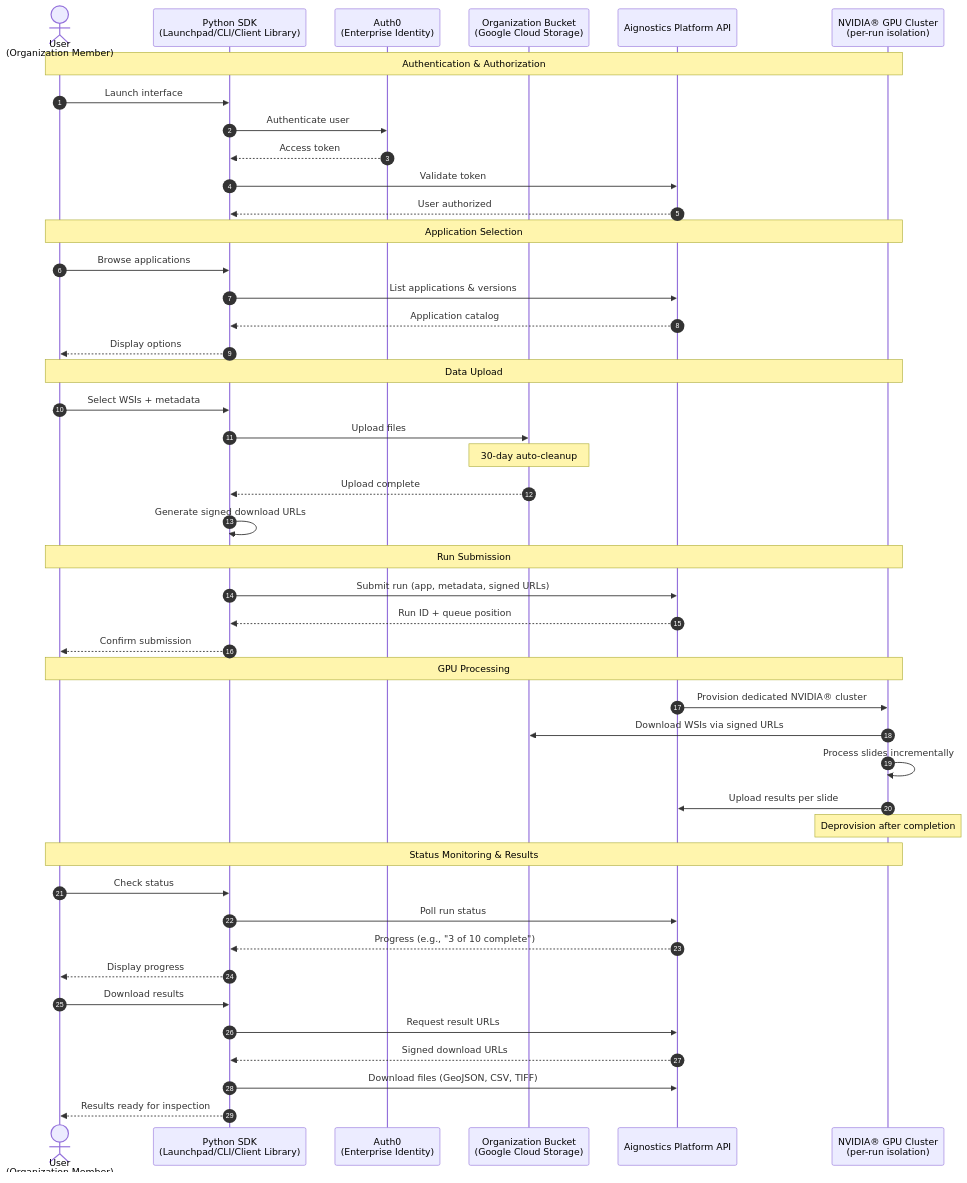
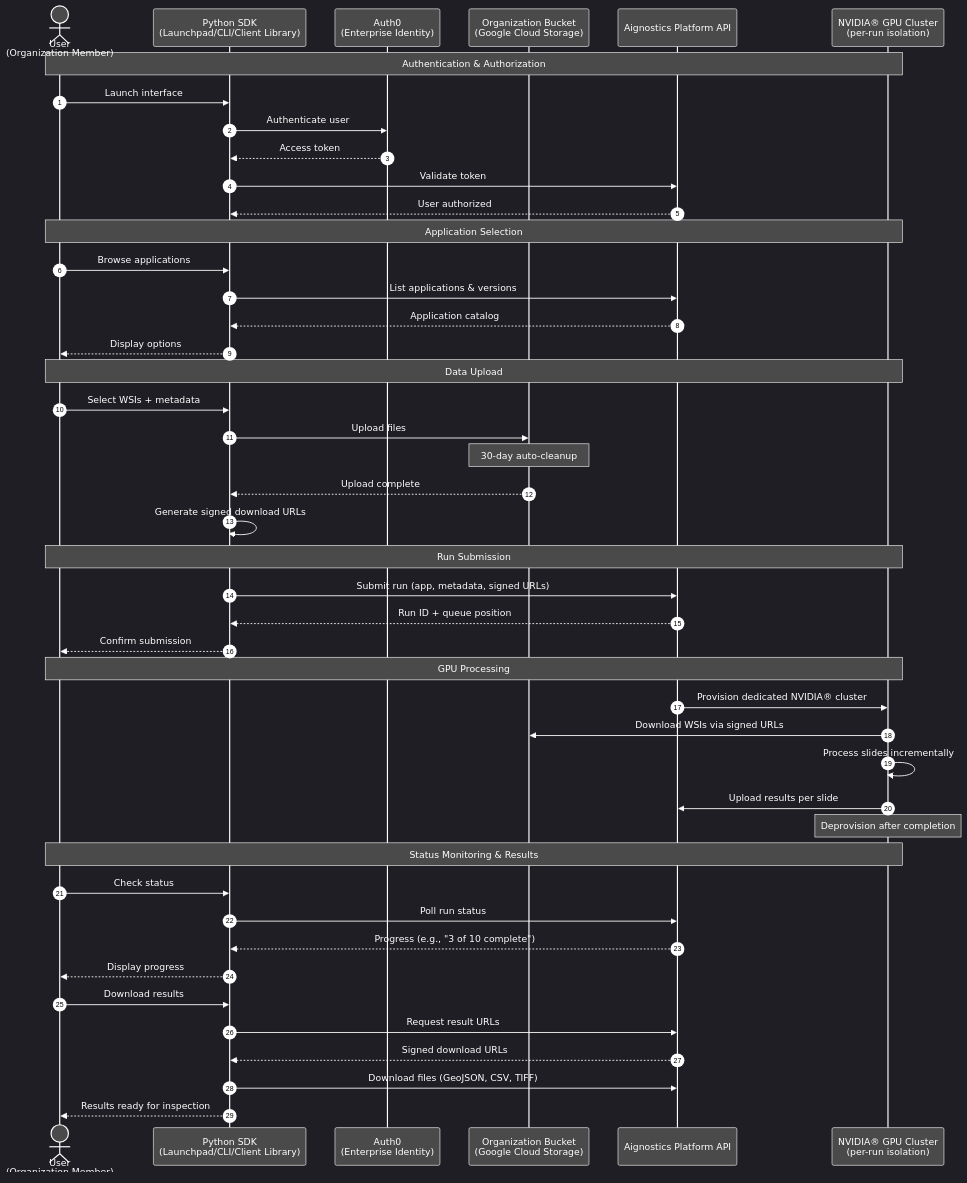
One commit to aignostics/python-sdk changed the diagram in README.md. Above: the diagram before and after it, drawn with Mermaid. The commit also changed other lines of this file and 11 other files, not shown here.

````diff
--- a/README.md
+++ b/README.md
@@ -122,54 +122,55 @@
 ```mermaid
+%%{init: {'theme':'dark', 'themeVariables': { 'fontSize':'18px', 'fontFamily':'arial', 'darkMode':'true', 'background':'#1e1e1e', 'primaryColor':'#4a4a4a', 'primaryTextColor':'#ffffff', 'primaryBorderColor':'#ffffff', 'lineColor':'#ffffff', 'secondaryColor':'#3a3a3a', 'tertiaryColor':'#2a2a2a', 'actorBkg':'#4a4a4a', 'actorBorder':'#ffffff', 'actorTextColor':'#ffffff', 'actorLineColor':'#ffffff', 'signalColor':'#ffffff', 'signalTextColor':'#ffffff', 'labelBoxBkgColor':'#3a3a3a', 'labelBoxBorderColor':'#ffffff', 'labelTextColor':'#ffffff', 'noteBkgColor':'#4a4a4a', 'noteTextColor':'#ffffff', 'noteBorderColor':'#ffffff', 'sequenceNumberColor':'#000000'}}}%%
 sequenceDiagram
     autonumber
     actor User as User<br/>(Organization Member)
     participant SDK as Python SDK<br/>(Launchpad/CLI/Client Library)
     participant Auth0 as Auth0<br/>(Enterprise Identity)
     participant Bucket as Organization Bucket<br/>(Google Cloud Storage)
     participant API as Aignostics Platform API
     participant GPU as NVIDIA® GPU Cluster<br/>(per-run isolation)
 
     Note over User,GPU: Authentication & Authorization
     User->>SDK: Launch interface
     SDK->>Auth0: Authenticate user
     Auth0-->>SDK: Access token
     SDK->>API: Validate token
     API-->>SDK: User authorized
 
     Note over User,GPU: Application Selection
     User->>SDK: Browse applications
     SDK->>API: List applications & versions
     API-->>SDK: Application catalog
     SDK-->>User: Display options
 
     Note over User,GPU: Data Upload
     User->>SDK: Select WSIs + metadata
     SDK->>Bucket: Upload files
     Note over Bucket: 30-day auto-cleanup
     Bucket-->>SDK: Upload complete
     SDK->>SDK: Generate signed download URLs
 
     Note over User,GPU: Run Submission
     SDK->>API: Submit run (app, metadata, signed URLs)
     API-->>SDK: Run ID + queue position
     SDK-->>User: Confirm submission
 
     Note over User,GPU: GPU Processing
     API->>GPU: Provision dedicated NVIDIA® cluster
     GPU->>Bucket: Download WSIs via signed URLs
     GPU->>GPU: Process slides incrementally
     GPU->>API: Upload results per slide
     Note over GPU: Deprovision after completion
 
     Note over User,GPU: Status Monitoring & Results
     User->>SDK: Check status
     SDK->>API: Poll run status
     API-->>SDK: Progress (e.g., "3 of 10 complete")
     SDK-->>User: Display progress
 
     User->>SDK: Download results
     SDK->>API: Request result URLs
     API-->>SDK: Signed download URLs
     SDK->>API: Download files (GeoJSON, CSV, TIFF)
     SDK-->>User: Results ready for inspection
 ```
````
